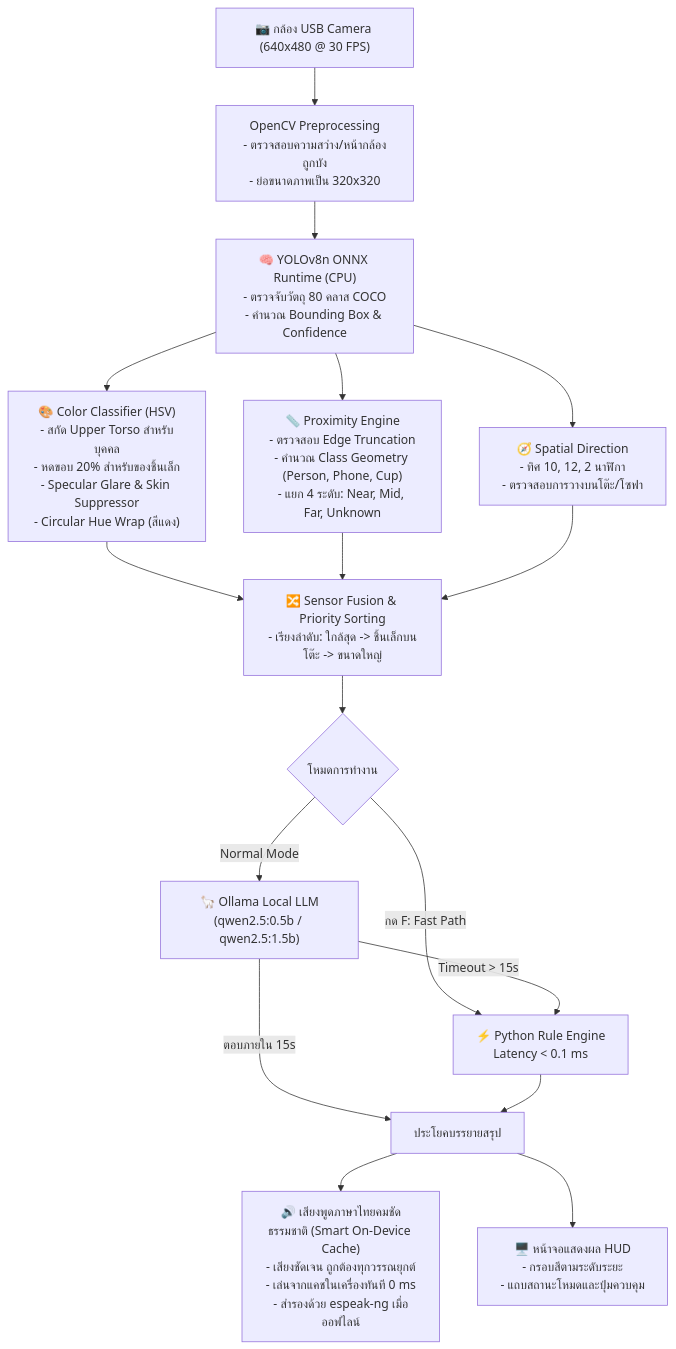
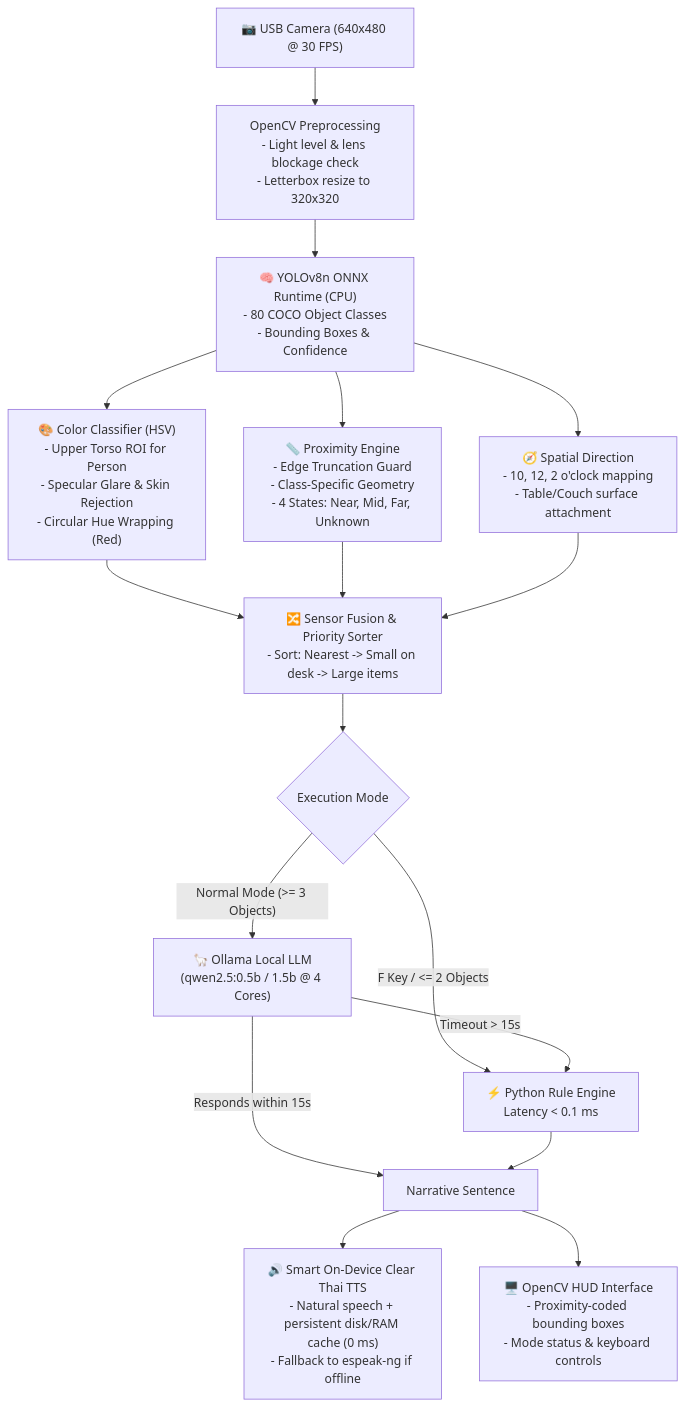
The diagram in README.md (suriyen-creator/VisionMate), drawn with Mermaid before and after one commit. The commit also changed other lines of this file, not shown here.

First line of the commit message:
docs: Reorganize README with English as primary and Thai as secondary

````diff
--- a/README.md
+++ b/README.md
@@ -43,26 +58,24 @@
 ```mermaid
 flowchart TD
-    Cam["📷 กล้อง USB Camera (640x480 @ 30 FPS)"] --> Pre["OpenCV Preprocessing\n- ตรวจสอบความสว่าง/หน้ากล้องถูกบัง\n- ย่อขนาดภาพเป็น 320x320"]
-    Pre --> YOLO["🧠 YOLOv8n ONNX Runtime (CPU)\n- ตรวจจับวัตถุ 80 คลาส COCO\n- คำนวณ Bounding Box & Confidence"]
+    Cam["📷 USB Camera (640x480 @ 30 FPS)"] --> Pre["OpenCV Preprocessing\n- Light level & lens blockage check\n- Letterbox resize to 320x320"]
+    Pre --> YOLO["🧠 YOLOv8n ONNX Runtime (CPU)\n- 80 COCO Object Classes\n- Bounding Boxes & Confidence"]
     
-    YOLO --> Color["🎨 Color Classifier (HSV)\n- สกัด Upper Torso สำหรับบุคคล\n- หดขอบ 20% สำหรับของชิ้นเล็ก\n- Specular Glare & Skin Suppressor\n- Circular Hue Wrap (สีแดง)"]
+    YOLO --> Color["🎨 Color Classifier (HSV)\n- Upper Torso ROI for Person\n- Specular Glare & Skin Rejection\n- Circular Hue Wrapping (Red)"]
+    YOLO --> Distance["📏 Proximity Engine\n- Edge Truncation Guard\n- Class-Specific Geometry\n- 4 States: Near, Mid, Far, Unknown"]
+    YOLO --> Spatial["🧭 Spatial Direction\n- 10, 12, 2 o'clock mapping\n- Table/Couch surface attachment"]
     
-    YOLO --> Distance["📏 Proximity Engine\n- ตรวจสอบ Edge Truncation\n- คำนวณ Class Geometry (Person, Phone, Cup)\n- แยก 4 ระดับ: Near, Mid, Far, Unknown"]
-    
-    YOLO --> Spatial["🧭 Spatial Direction\n- ทิศ 10, 12, 2 นาฬิกา\n- ตรวจสอบการวางบนโต๊ะ/โซฟา"]
-    
-    Color --> Fusion["🔀 Sensor Fusion & Priority Sorting\n- เรียงลำดับ: ใกล้สุด -> ชิ้นเล็กบนโต๊ะ -> ขนาดใหญ่"]
+    Color --> Fusion["🔀 Sensor Fusion & Priority Sorter\n- Sort: Nearest -> Small on desk -> Large items"]
     Distance --> Fusion
     Spatial --> Fusion
     
-    Fusion --> Decision{"โหมดการทำงาน"}
-    Decision -- "กด F: Fast Path" --> Fast["⚡ Python Rule Engine\nLatency < 0.1 ms"]
-    Decision -- "Normal Mode" --> Ollama["🦙 Ollama Local LLM\n(qwen2.5:0.5b / qwen2.5:1.5b)"]
+    Fusion --> Decision{"Execution Mode"}
+    Decision -- "F Key / <= 2 Objects" --> Fast["⚡ Python Rule Engine\nLatency < 0.1 ms"]
+    Decision -- "Normal Mode (>= 3 Objects)" --> Ollama["🦙 Ollama Local LLM\n(qwen2.5:0.5b / 1.5b @ 4 Cores)"]
     
-    Ollama -- "ตอบภายใน 15s" --> Narrative["ประโยคบรรยายสรุป"]
+    Ollama -- "Responds within 15s" --> Narrative["Narrative Sentence"]
     Ollama -- "Timeout > 15s" --> Fast
     Fast --> Narrative
     
-    Narrative --> TTS["🔊 เสียงพูดภาษาไทยคมชัดธรรมชาติ (Smart On-Device Cache)\n- เสียงชัดเจน ถูกต้องทุกวรรณยุกต์\n- เล่นจากแคชในเครื่องทันที 0 ms\n- สำรองด้วย espeak-ng เมื่อออฟไลน์"]
-    Narrative --> HUD["🖥️ หน้าจอแสดงผล HUD\n- กรอบสีตามระดับระยะ\n- แถบสถานะโหมดและปุ่มควบคุม"]
+    Narrative --> TTS["🔊 Smart On-Device Clear Thai TTS\n- Natural speech + persistent disk/RAM cache (0 ms)\n- Fallback to espeak-ng if offline"]
+    Narrative --> HUD["🖥️ OpenCV HUD Interface\n- Proximity-coded bounding boxes\n- Mode status & keyboard controls"]
 ```
````
